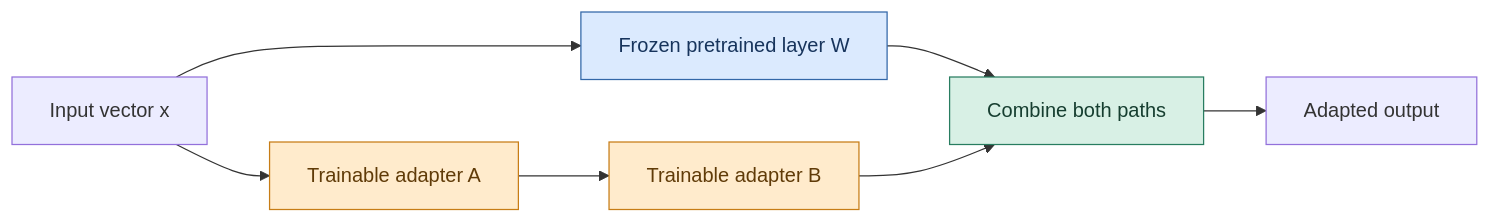
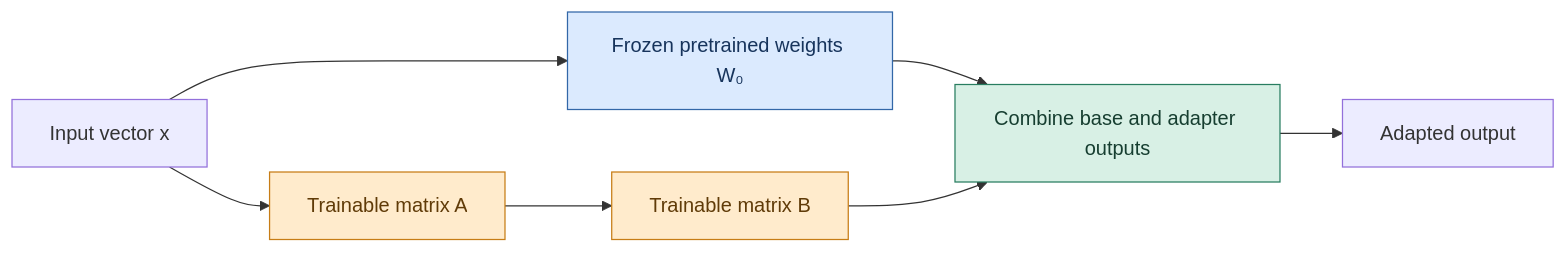
One commit to ut1776/arc-agi-2-reasoning changed the third of 4 diagrams in README.md. Above: the diagram before and after it, drawn with Mermaid. The commit also changed other lines of this file, not shown here.

````diff
--- a/README.md
+++ b/README.md
@@ -209,14 +189,14 @@
 ```mermaid
 flowchart LR
-    X["Input vector x"] --> W["Frozen pretrained layer W"]
-    X --> A["Trainable adapter A"]
-    A --> B["Trainable adapter B"]
-    W --> SUM["Combine both paths"]
-    B --> SUM
-    SUM --> Y["Adapted output"]
+    X["Input vector x"] --> W["Frozen pretrained weights W₀"]
+    X --> A["Trainable matrix A"]
+    A --> B["Trainable matrix B"]
+    W --> S["Combine base and adapter outputs"]
+    B --> S
+    S --> Y["Adapted output"]
 
     style W fill:#dbeafe,stroke:#3267a8,color:#17345c
     style A fill:#ffebcc,stroke:#c77d16,color:#603b08
     style B fill:#ffebcc,stroke:#c77d16,color:#603b08
-    style SUM fill:#d8f0e5,stroke:#287d60,color:#163e30
+    style S fill:#d8f0e5,stroke:#287d60,color:#163e30
 ```
````
